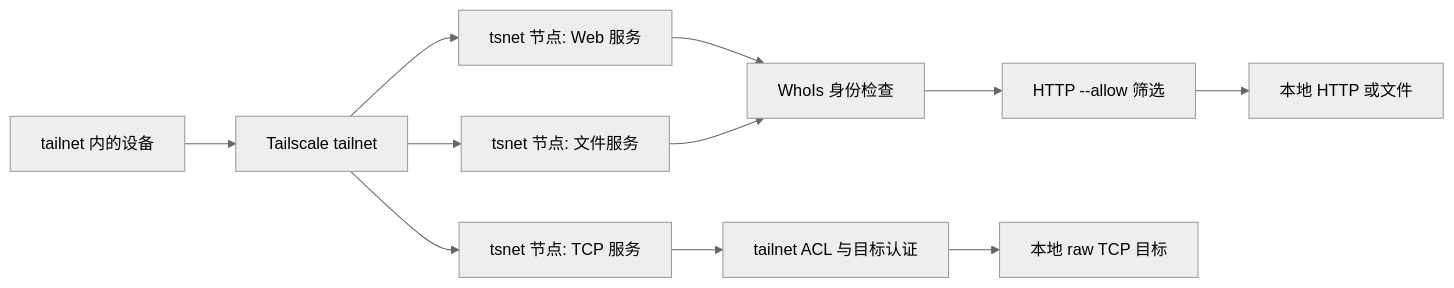
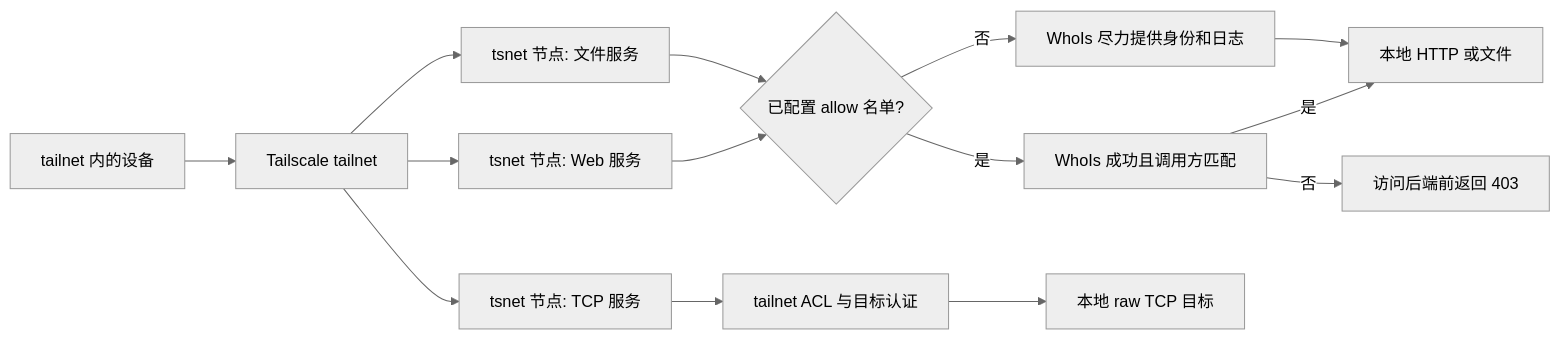
Before and after one commit to anydoor7/tslink: the diagram in README_zh.md, drawn with Mermaid (neutral theme). The commit also changed other lines of this file and 10 other files, not shown here.

````diff
--- a/README_zh.md
+++ b/README_zh.md
@@ -91,13 +92,16 @@
 ```mermaid
 flowchart LR
   Client[tailnet 内的设备] --> Mesh[Tailscale tailnet]
   Mesh --> Web[tsnet 节点: Web 服务]
   Mesh --> Files[tsnet 节点: 文件服务]
   Mesh --> TCP[tsnet 节点: TCP 服务]
-  Web --> WhoIs[WhoIs 身份检查]
-  Files --> WhoIs
-  WhoIs --> Allow[HTTP --allow 筛选]
-  Allow --> HTTP[本地 HTTP 或文件]
+  Web --> Policy{已配置 allow 名单?}
+  Files --> Policy
+  Policy -->|是| Gate[WhoIs 成功且调用方匹配]
+  Gate -->|是| HTTP[本地 HTTP 或文件]
+  Gate -->|否| Denied[访问后端前返回 403]
+  Policy -->|否| Best[WhoIs 尽力提供身份和日志]
+  Best --> HTTP
   TCP --> ACL[tailnet ACL 与目标认证]
   ACL --> Raw[本地 raw TCP 目标]
 ```
````
